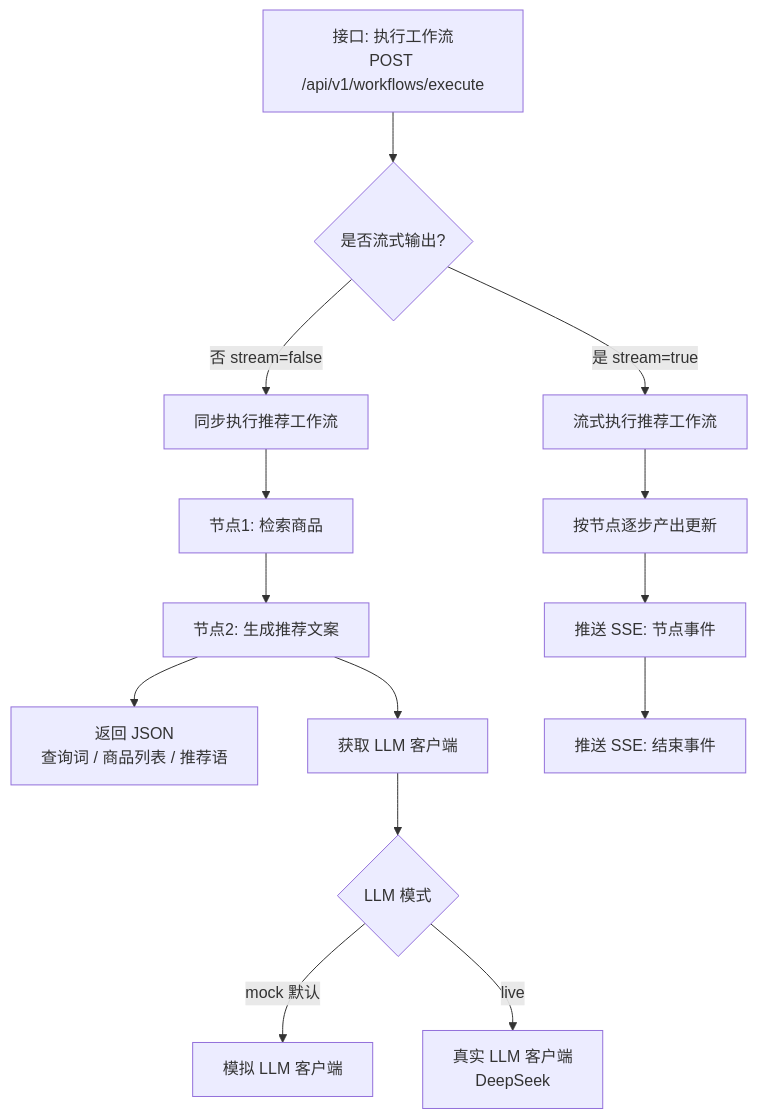
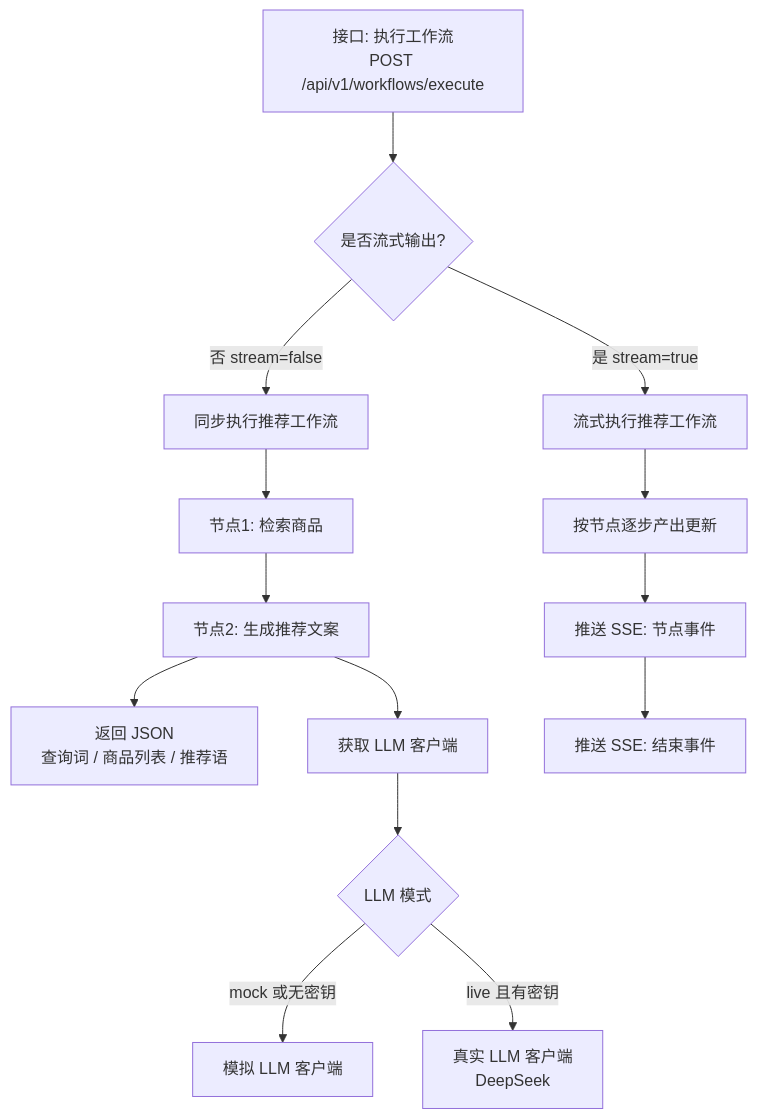
One commit to wly-163/ai-ecommerce-workbench changed the diagram in backend/app/core/README.md. Above: the diagram before and after it, drawn with Mermaid. The commit also changed other lines of this file and 15 other files, not shown here.

````diff
--- a/backend/app/core/README.md
+++ b/backend/app/core/README.md
@@ -15,16 +15,16 @@
 ```mermaid
 flowchart TD
     A["接口: 执行工作流<br/>POST /api/v1/workflows/execute"] --> B{是否流式输出?}
     B -->|否 stream=false| C[同步执行推荐工作流]
     B -->|是 stream=true| D[流式执行推荐工作流]
     C --> E[节点1: 检索商品]
     E --> F[节点2: 生成推荐文案]
     F --> G["返回 JSON<br/>查询词 / 商品列表 / 推荐语"]
     D --> H[按节点逐步产出更新]
     H --> I[推送 SSE: 节点事件]
     I --> J[推送 SSE: 结束事件]
     F --> K[获取 LLM 客户端]
     K --> L{LLM 模式}
-    L -->|mock 默认| M[模拟 LLM 客户端]
-    L -->|live| N[真实 LLM 客户端<br/>DeepSeek]
+    L -->|mock 或无密钥| M[模拟 LLM 客户端]
+    L -->|live 且有密钥| N[真实 LLM 客户端<br/>DeepSeek]
 ```
````
